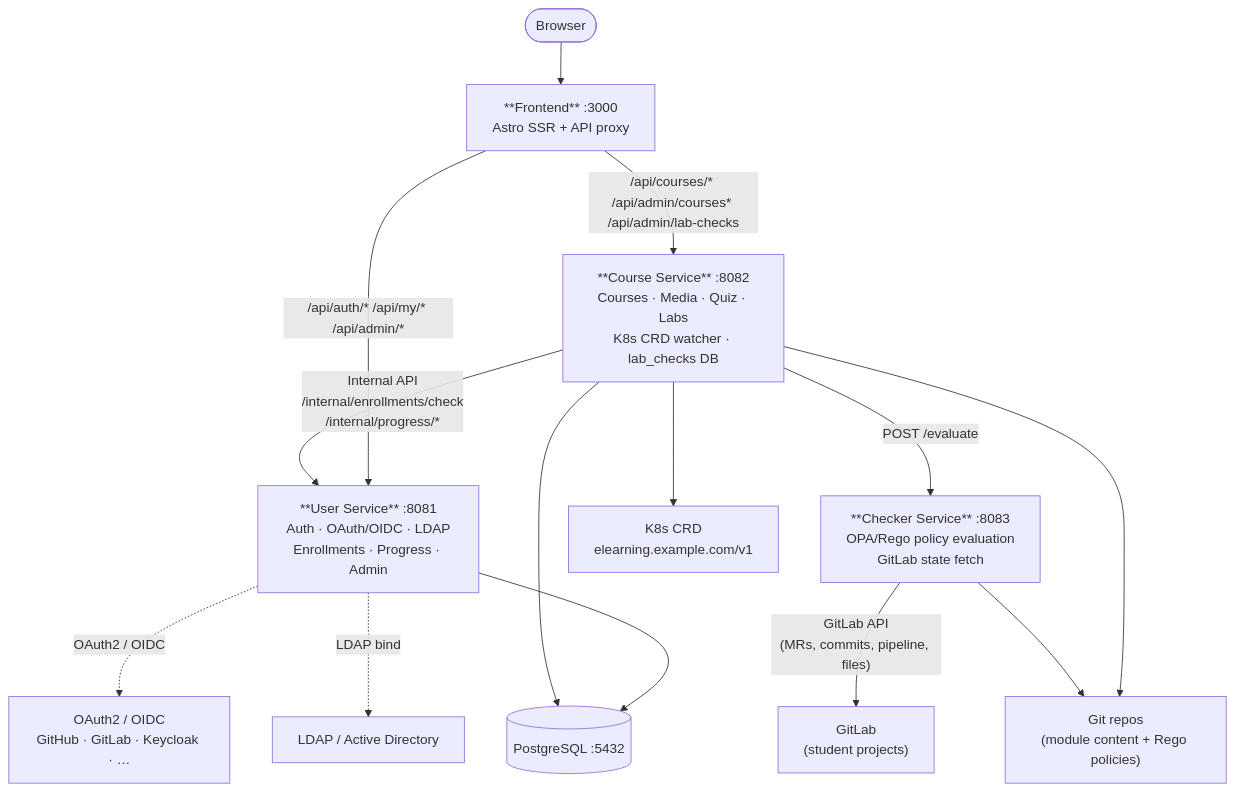
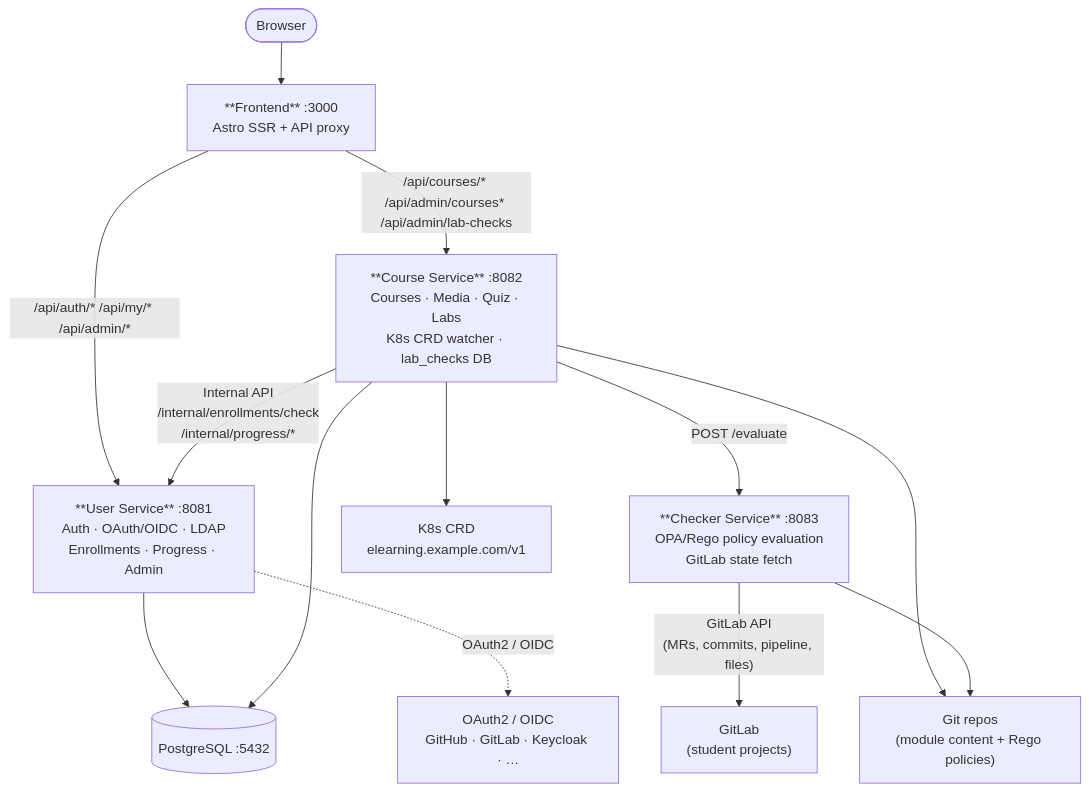
The diagram in README.md (Towarmat83/ELearningPlatform), drawn with Mermaid before and after one commit. The commit also changed other lines of this file, not shown here.

Commit message:
update architecture

````diff
--- a/README.md
+++ b/README.md
@@ -7,32 +7,30 @@
 ```mermaid
 graph TD
     Browser(["Browser"])
 
     Frontend["**Frontend** :3000\nAstro SSR + API proxy"]
 
     UserService["**User Service** :8081\nAuth · OAuth/OIDC · LDAP\nEnrollments · Progress · Admin"]
     CourseService["**Course Service** :8082\nCourses · Media · Quiz · Labs\nK8s CRD watcher · lab_checks DB"]
     CheckerService["**Checker Service** :8083\nOPA/Rego policy evaluation\nGitLab state fetch"]
 
     PostgreSQL[("PostgreSQL :5432")]
     K8sCRD["K8s CRD\nelearning.example.com/v1"]
     GitRepos["Git repos\n(module content + Rego policies)"]
     GitLab["GitLab\n(student projects)"]
 
     OAuthProviders["OAuth2 / OIDC\nGitHub · GitLab · Keycloak · …"]
-    LDAP["LDAP / Active Directory"]
 
     Browser --> Frontend
     Frontend -- "/api/auth/* /api/my/* /api/admin/*" --> UserService
     Frontend -- "/api/courses/* /api/admin/courses* /api/admin/lab-checks" --> CourseService
     CourseService -- "Internal API\n/internal/enrollments/check\n/internal/progress/*" --> UserService
     CourseService -- "POST /evaluate" --> CheckerService
     CheckerService -- "GitLab API\n(MRs, commits, pipeline, files)" --> GitLab
     UserService --> PostgreSQL
     CourseService --> PostgreSQL
     CourseService --> K8sCRD
     CourseService --> GitRepos
     CheckerService --> GitRepos
     UserService -. "OAuth2 / OIDC" .-> OAuthProviders
-    UserService -. "LDAP bind" .-> LDAP
 ```
````
